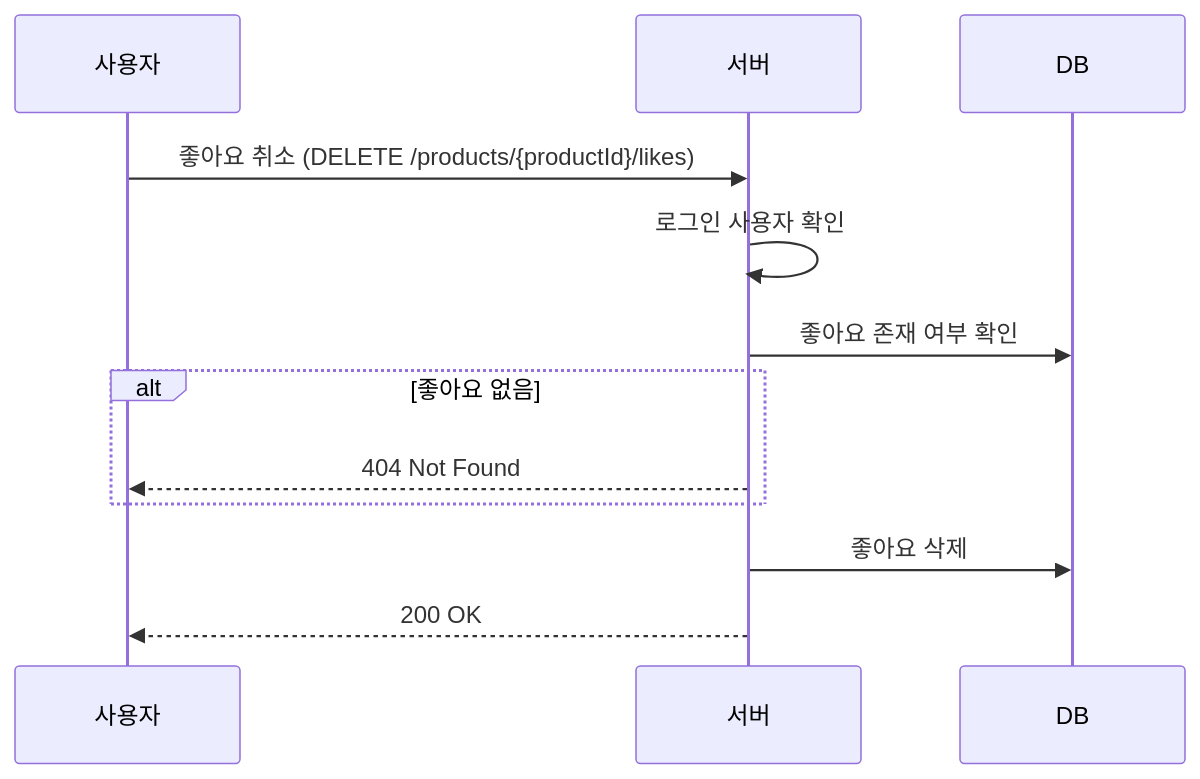
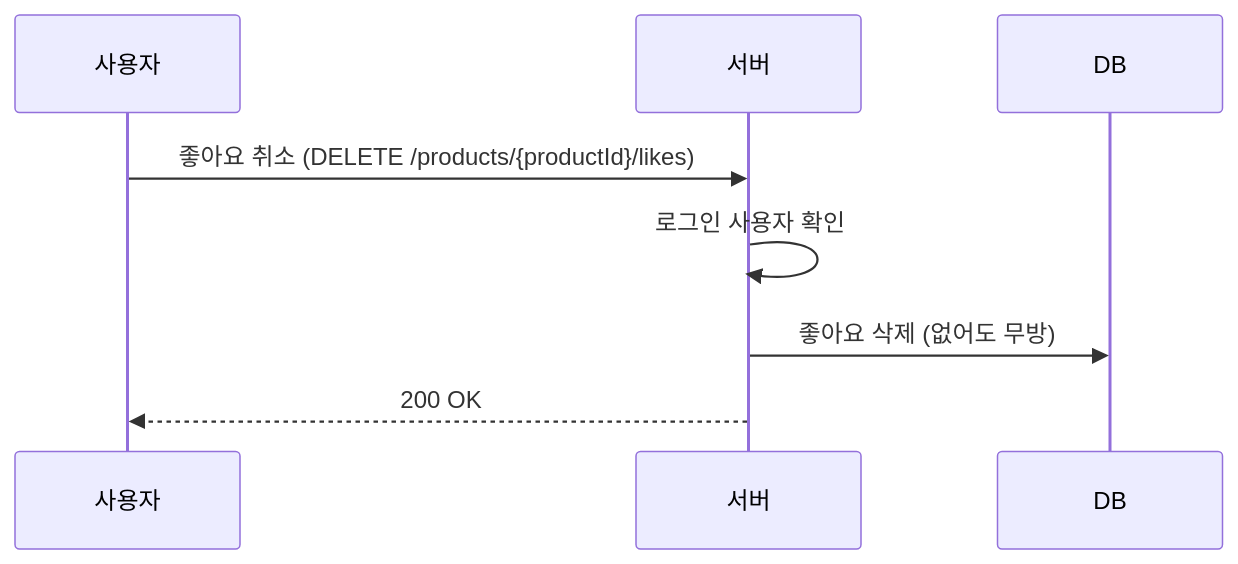
Diagram 13 of 20 in docs/week2/02-sequence-diagrams.md (loopers-labs/loop-pack-be-l2-vol4-java), drawn with Mermaid before and after one commit. The commit also changed other lines of this file and 3 other files, not shown here.

First line of the commit message:
docs: 요구사항 정의서 전체 리라이트 및 시퀀스/클래스/ERD 보완

````diff
--- a/docs/week2/02-sequence-diagrams.md
+++ b/docs/week2/02-sequence-diagrams.md
@@ -291,15 +420,11 @@
 ```mermaid
 sequenceDiagram
     participant 사용자
     participant 서버
     participant DB
 
     사용자->>서버: 좋아요 취소 (DELETE /products/{productId}/likes)
     서버->>서버: 로그인 사용자 확인
-    서버->>DB: 좋아요 존재 여부 확인
-    alt 좋아요 없음
-        서버-->>사용자: 404 Not Found
-    end
-    서버->>DB: 좋아요 삭제
+    서버->>DB: 좋아요 삭제 (없어도 무방)
     서버-->>사용자: 200 OK
 ```
````
